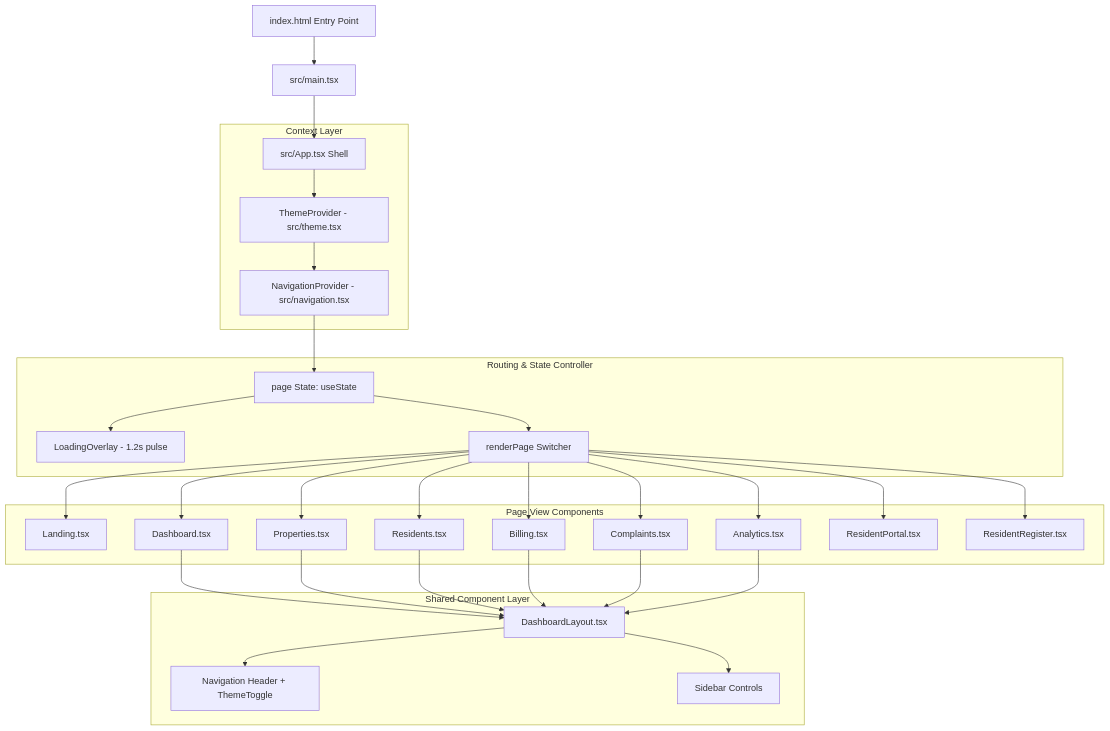
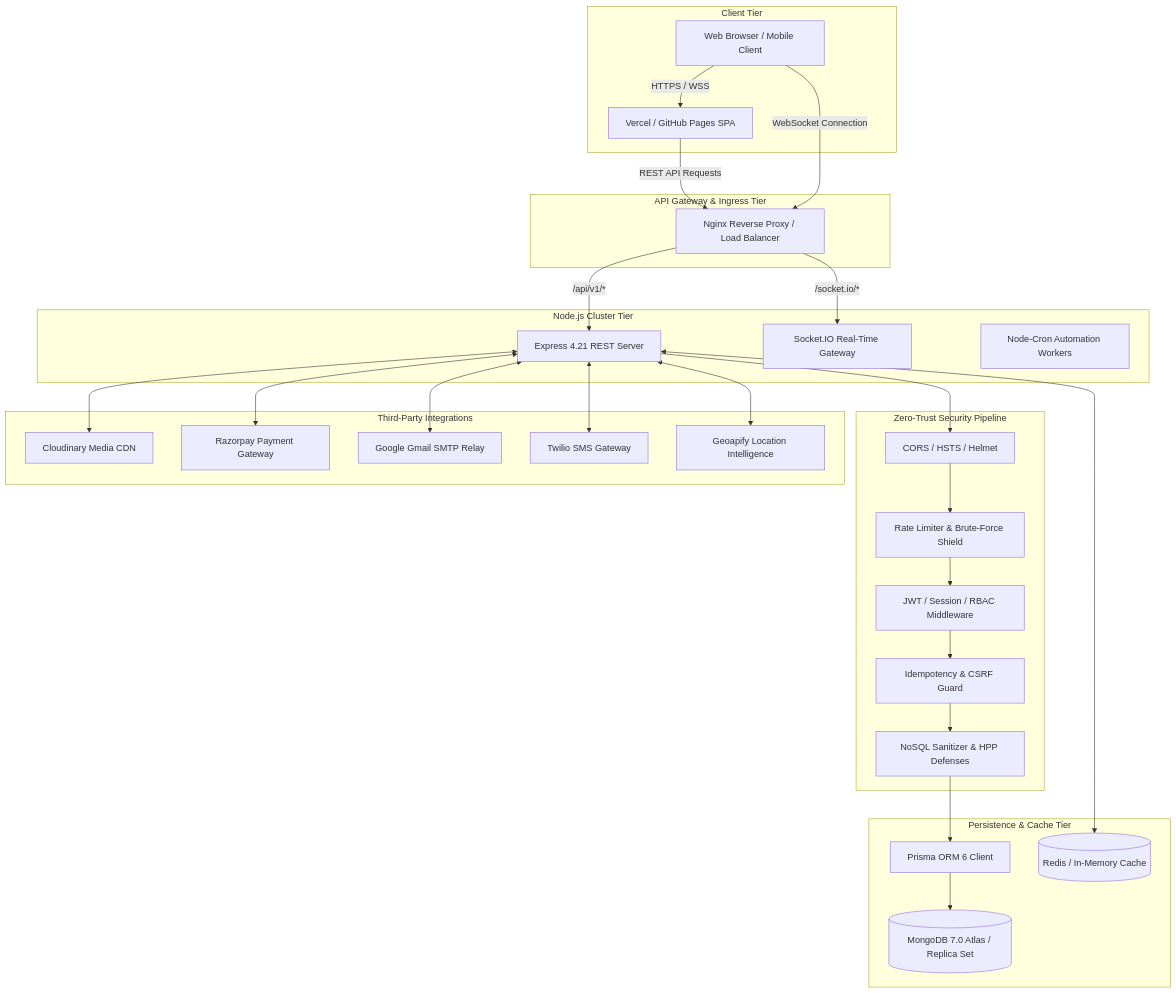
The diagram in README.md (ayushman-glb/PG-Management-System), drawn with Mermaid before and after one commit. The commit also changed other lines of this file and 1 other file, not shown here.

````diff
--- a/README.md
+++ b/README.md
@@ -93,34 +146,57 @@
 ```mermaid
 flowchart TD
-    HTML[index.html Entry Point] --> Main[src/main.tsx]
-    Main --> App[src/App.tsx Shell]
-    
-    subgraph Providers [Context Layer]
-        App --> ThemeProv[ThemeProvider - src/theme.tsx]
-        ThemeProv --> NavProv[NavigationProvider - src/navigation.tsx]
+    subgraph Clients [Client Tier]
+        Browser[Web Browser / Mobile Client]
+        Vercel[Vercel / GitHub Pages SPA]
+        Browser -->|HTTPS / WSS| Vercel
     end
 
-    subgraph RouterState [Routing & State Controller]
-        NavProv --> PageState[page State: useState<Page>]
-        PageState --> Overlay[LoadingOverlay - 1.2s pulse]
-        PageState --> RenderFn[renderPage Switcher]
+    subgraph Gateway [API Gateway & Ingress Tier]
+        Nginx[Nginx Reverse Proxy / Load Balancer]
+        Vercel -->|REST API Requests| Nginx
+        Browser -->|WebSocket Connection| Nginx
     end
 
-    subgraph Pages [Page View Components]
-        RenderFn --> Landing[Landing.tsx]
-        RenderFn --> Dash[Dashboard.tsx]
-        RenderFn --> Prop[Properties.tsx]
-        RenderFn --> Res[Residents.tsx]
-        RenderFn --> Bill[Billing.tsx]
-        RenderFn --> Comp[Complaints.tsx]
-        RenderFn --> Analytics[Analytics.tsx]
-        RenderFn --> Portal[ResidentPortal.tsx]
-        RenderFn --> Register[ResidentRegister.tsx]
+    subgraph BackendCluster [Node.js Cluster Tier]
+        Server[Express 4.21 REST Server]
+        SocketServer[Socket.IO Real-Time Gateway]
+        Cron[Node-Cron Automation Workers]
+        
+        Nginx -->|/api/v1/*| Server
+        Nginx -->|/socket.io/*| SocketServer
     end
 
-    subgraph SharedLayout [Shared Component Layer]
-        Dash & Prop & Res & Bill & Comp & Analytics --> DashLayout[DashboardLayout.tsx]
-        DashLayout --> Header[Navigation Header + ThemeToggle]
-        DashLayout --> Sidebar[Sidebar Controls]
+    subgraph MiddlewarePipeline [Zero-Trust Security Pipeline]
+        CORS[CORS / HSTS / Helmet]
+        RateLimit[Rate Limiter & Brute-Force Shield]
+        Auth[JWT / Session / RBAC Middleware]
+        Idempotency[Idempotency & CSRF Guard]
+        Sanitize[NoSQL Sanitizer & HPP Defenses]
+        
+        Server --> CORS --> RateLimit --> Auth --> Idempotency --> Sanitize
+    end
+
+    subgraph DataTier [Persistence & Cache Tier]
+        Prisma[Prisma ORM 6 Client]
+        MongoDB[(MongoDB 7.0 Atlas / Replica Set)]
+        Cache[(Redis / In-Memory Cache)]
+        
+        Sanitize --> Prisma
+        Prisma --> MongoDB
+        Server <--> Cache
+    end
+
+    subgraph ExternalServices [Third-Party Integrations]
+        Cloudinary[Cloudinary Media CDN]
+        Razorpay[Razorpay Payment Gateway]
+        SMTP[Google Gmail SMTP Relay]
+        Twilio[Twilio SMS Gateway]
+        Geoapify[Geoapify Location Intelligence]
+        
+        Server <--> Cloudinary
+        Server <--> Razorpay
+        Server <--> SMTP
+        Server <--> Twilio
+        Server <--> Geoapify
     end
 ```
````
